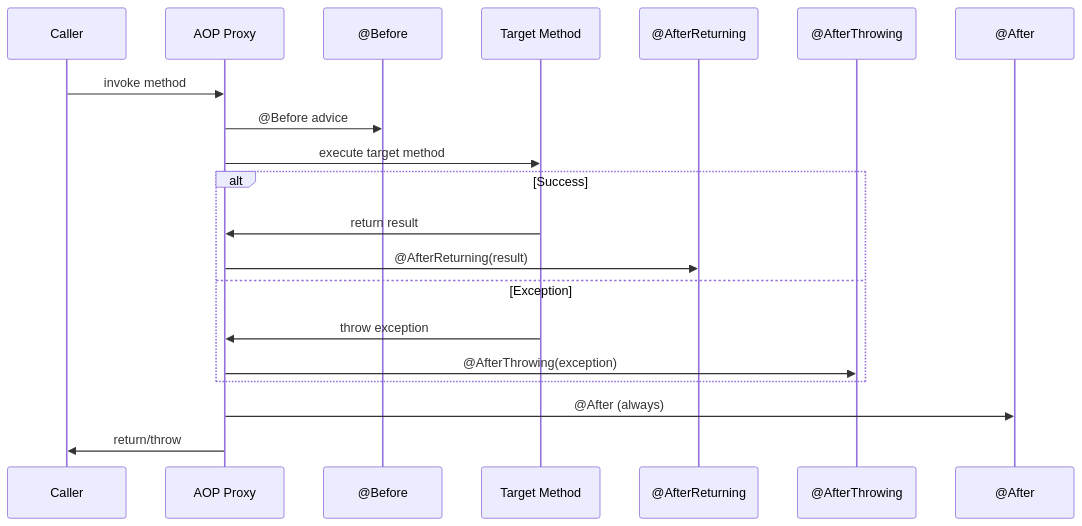
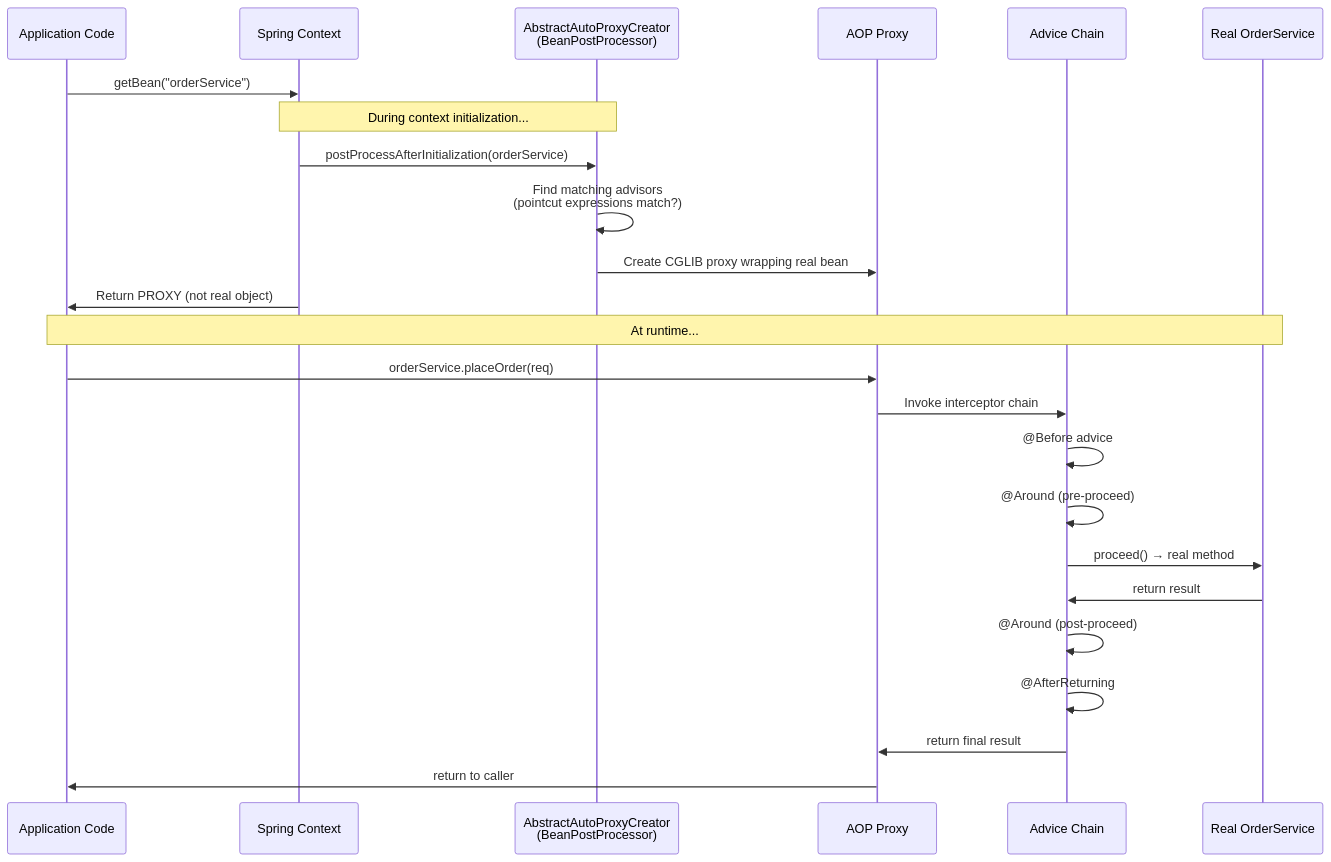
One commit to saivamsikaruturi/vamsilabs-dev-notes-main changed the second of 4 diagrams in docs/springboot/aop.md. Above: the diagram before and after it, drawn with Mermaid. The commit also changed other lines of this file and 21 other files, not shown here.

````diff
--- a/docs/springboot/aop.md
+++ b/docs/springboot/aop.md
@@ -292,25 +146,28 @@
 ```mermaid
 sequenceDiagram
-    participant C as Caller
-    participant P as AOP Proxy
-    participant B as @Before
-    participant T as Target Method
-    participant AR as @AfterReturning
-    participant AT as @AfterThrowing
-    participant A as @After
+    participant App as Application Code
+    participant Ctx as Spring Context
+    participant BPP as AbstractAutoProxyCreator<br/>(BeanPostProcessor)
+    participant Proxy as AOP Proxy
+    participant Chain as Advice Chain
+    participant Target as Real OrderService
 
-    C->>P: invoke method
-    P->>B: @Before advice
-    P->>T: execute target method
+    App->>Ctx: getBean("orderService")
+    Note over Ctx,BPP: During context initialization...
+    Ctx->>BPP: postProcessAfterInitialization(orderService)
+    BPP->>BPP: Find matching advisors<br/>(pointcut expressions match?)
+    BPP->>Proxy: Create CGLIB proxy wrapping real bean
+    Ctx->>App: Return PROXY (not real object)
 
-    alt Success
-        T->>P: return result
-        P->>AR: @AfterReturning(result)
-    else Exception
-        T->>P: throw exception
-        P->>AT: @AfterThrowing(exception)
-    end
-
-    P->>A: @After (always)
-    P->>C: return/throw
+    Note over App,Target: At runtime...
+    App->>Proxy: orderService.placeOrder(req)
+    Proxy->>Chain: Invoke interceptor chain
+    Chain->>Chain: @Before advice
+    Chain->>Chain: @Around (pre-proceed)
+    Chain->>Target: proceed() → real method
+    Target->>Chain: return result
+    Chain->>Chain: @Around (post-proceed)
+    Chain->>Chain: @AfterReturning
+    Chain->>Proxy: return final result
+    Proxy->>App: return to caller
 ```
````
